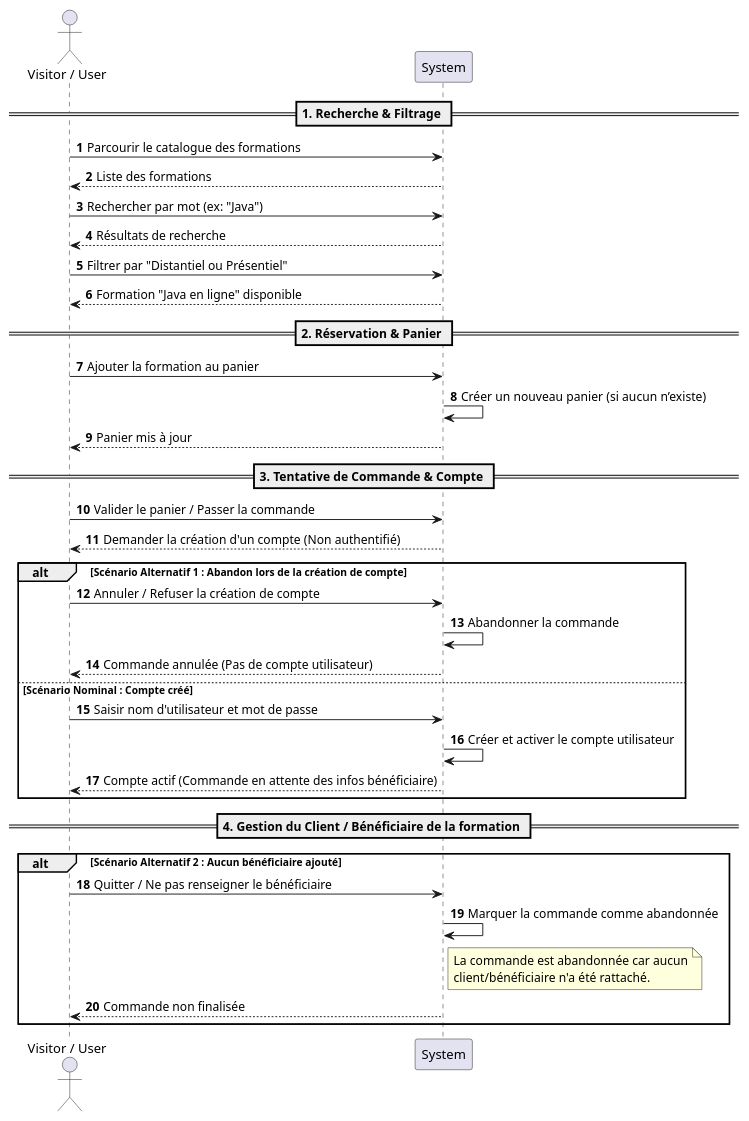
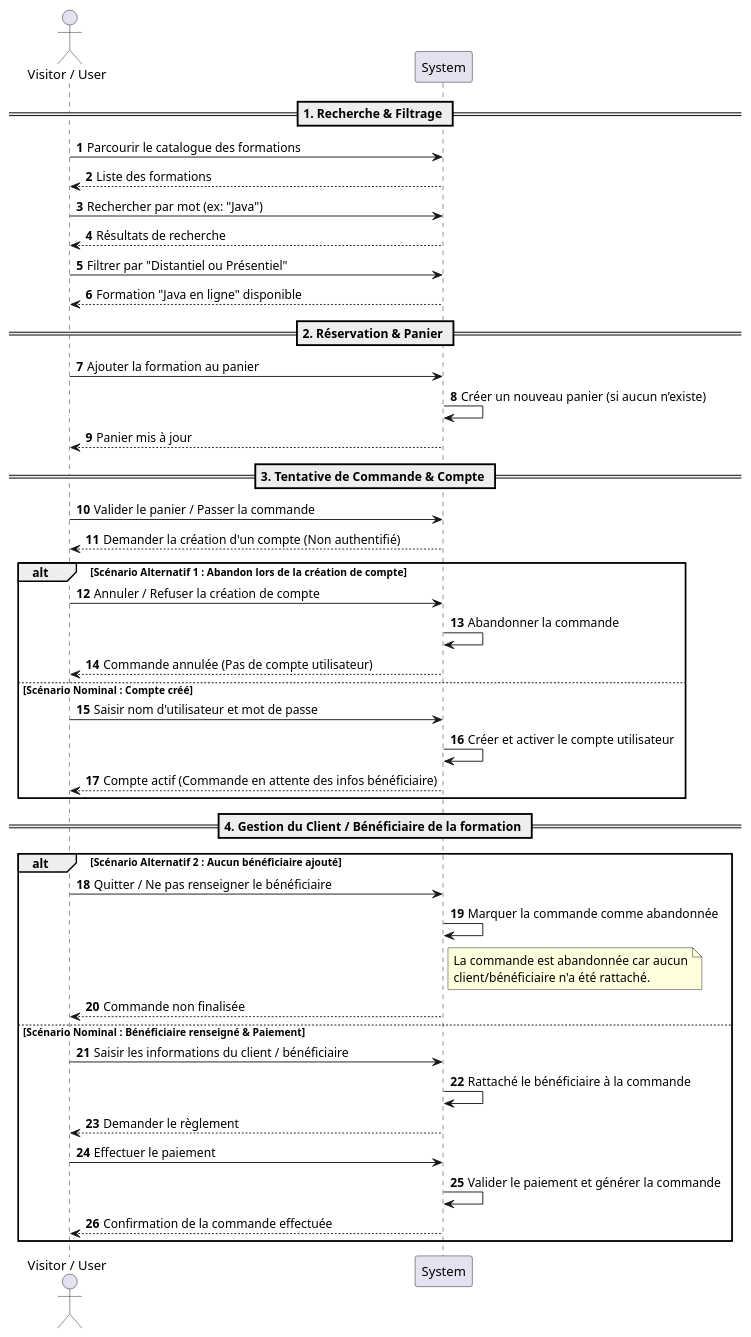
Before and after one commit to albanmartel/evaluation_metier_java: the diagram in doc/uml/3-sequence/sequence_diagram_for-the-Training_Sales-Application.puml, drawn with PlantUML.

Commit message:
Mise à jour du diagramme de séquence avec l'ajout d'un scénario nomminale où tout ce passe normalement.

```diff
--- a/doc/uml/3-sequence/sequence_diagram_for-the-Training_Sales-Application.puml
+++ b/doc/uml/3-sequence/sequence_diagram_for-the-Training_Sales-Application.puml
@@ -1,48 +1,57 @@
 @startuml
 autonumber
 actor "Visitor / User" as V
 participant "System" as S
 
 == 1. Recherche & Filtrage ==
 V -> S: Parcourir le catalogue des formations
 S --> V: Liste des formations
 
 V -> S: Rechercher par mot (ex: "Java")
 S --> V: Résultats de recherche
 
 V -> S: Filtrer par "Distantiel ou Présentiel"
 S --> V: Formation "Java en ligne" disponible
 
 == 2. Réservation & Panier ==
 V -> S: Ajouter la formation au panier
 S -> S: Créer un nouveau panier (si aucun n’existe)
 S --> V: Panier mis à jour
 
 == 3. Tentative de Commande & Compte ==
 V -> S: Valider le panier / Passer la commande
 S --> V: Demander la création d'un compte (Non authentifié)
 
 alt Scénario Alternatif 1 : Abandon lors de la création de compte
     V -> S: Annuler / Refuser la création de compte
     S -> S: Abandonner la commande
     S --> V: Commande annulée (Pas de compte utilisateur)
 
 else Scénario Nominal : Compte créé
     V -> S: Saisir nom d'utilisateur et mot de passe
     S -> S: Créer et activer le compte utilisateur
     S --> V: Compte actif (Commande en attente des infos bénéficiaire)
 
     end
 
     == 4. Gestion du Client / Bénéficiaire de la formation ==
     alt Scénario Alternatif 2 : Aucun bénéficiaire ajouté
         V -> S: Quitter / Ne pas renseigner le bénéficiaire
         S -> S: Marquer la commande comme abandonnée
         note right of S
           La commande est abandonnée car aucun
           client/bénéficiaire n'a été rattaché.
         end note
         S --> V: Commande non finalisée
+    
+    else Scénario Nominal : Bénéficiaire renseigné & Paiement
+        V -> S: Saisir les informations du client / bénéficiaire
+        S -> S: Rattaché le bénéficiaire à la commande
+        S --> V: Demander le règlement
+
+        V -> S: Effectuer le paiement
+        S -> S: Valider le paiement et générer la commande
+        S --> V: Confirmation de la commande effectuée
 
 end
 @enduml
```
